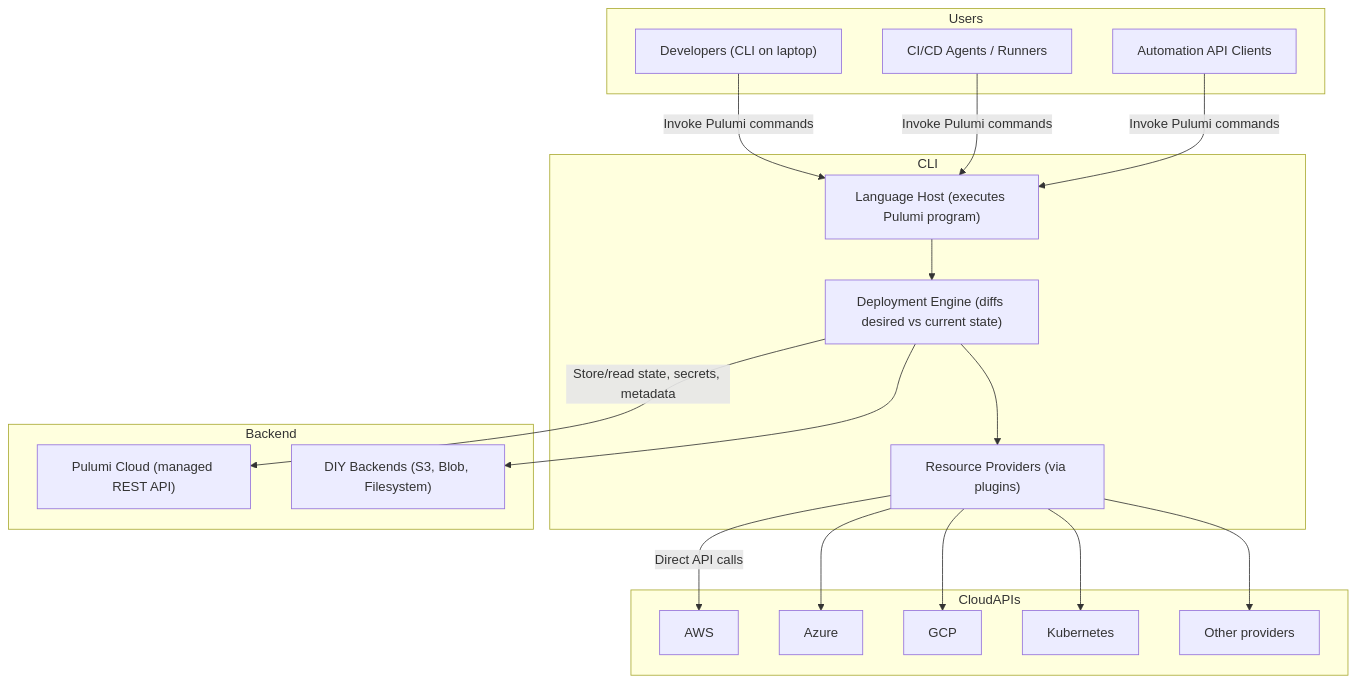
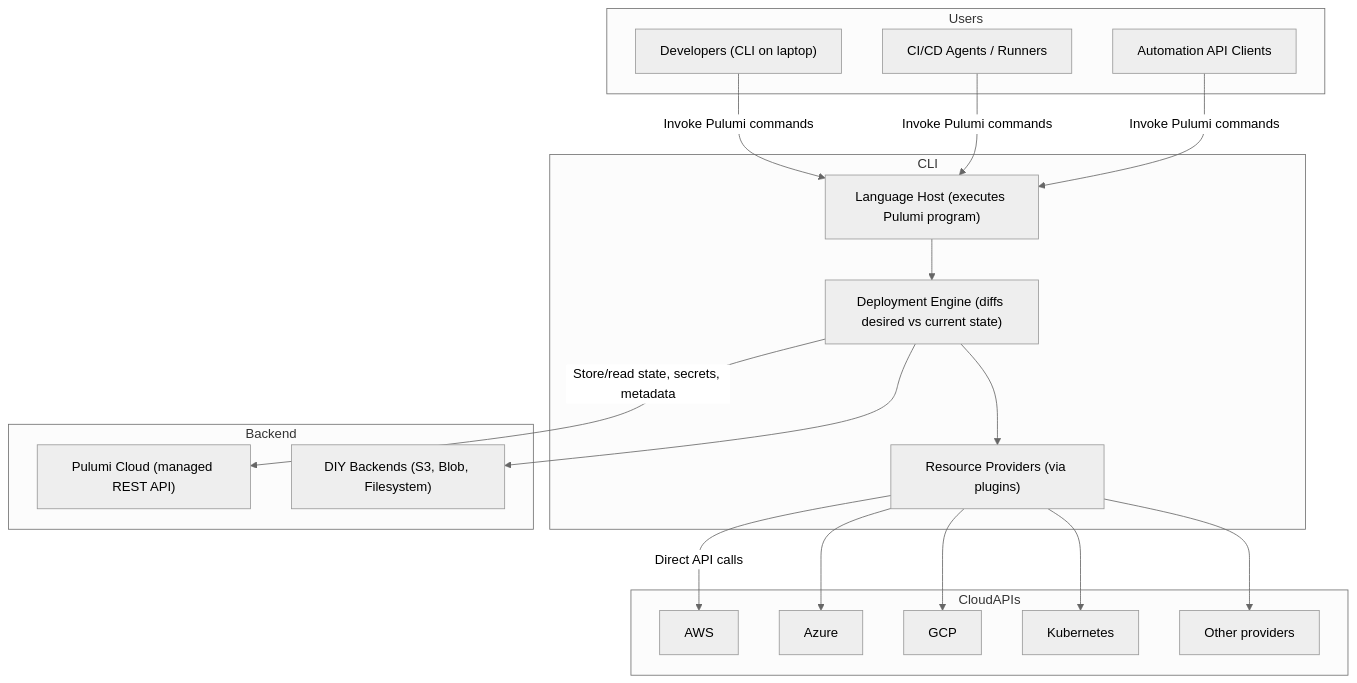
The second of 3 diagrams in content/security/pulumi-cloud-security-whitepaper.md (pulumi/docs), drawn with Mermaid before and after one commit. The commit also changed other lines of this file and 3 other files, not shown here.

````diff
--- a/content/security/pulumi-cloud-security-whitepaper.md
+++ b/content/security/pulumi-cloud-security-whitepaper.md
@@ -24,47 +144,51 @@
 ```mermaid
+---
+config:
+  theme: 'neutral'
+---
 flowchart TD
     %% Pulumi Users / Systems
     subgraph Users
         A1[Developers #40;CLI on laptop#41;]
         A2[CI/CD Agents / Runners]
         A3[Automation API Clients]
     end
 
     %% Pulumi CLI Process
     subgraph CLI
         B1[Language Host #40;executes Pulumi program#41;]
         B2[Deployment Engine #40;diffs desired vs current state#41;]
         B3[Resource Providers #40;via plugins#41;]
     end
 
     %% Cloud Provider APIs
     subgraph CloudAPIs
         C1[AWS]
         C2[Azure]
         C3[GCP]
         C4[Kubernetes]
         C5[Other providers]
     end
 
     %% Backend (State)
     subgraph Backend
         D1[Pulumi Cloud #40;managed REST API#41;]
         D2[DIY Backends #40;S3, Blob, Filesystem#41;]
     end
 
     %% Connections
     A1 -->|Invoke Pulumi commands| B1
     A2 -->|Invoke Pulumi commands| B1
     A3 -->|Invoke Pulumi commands| B1
 
     B1 --> B2
     B2 --> B3
     B3 -->|Direct API calls| C1
     B3 --> C2
     B3 --> C3
     B3 --> C4
     B3 --> C5
 
     B2 -->|Store/read state, secrets, metadata| D1
     B2 --> D2
 ```
````
